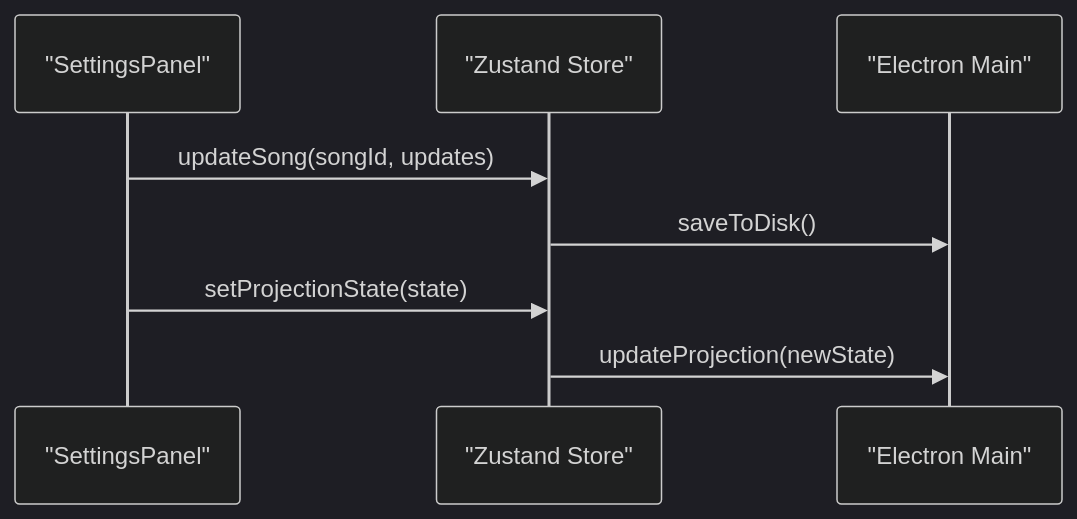
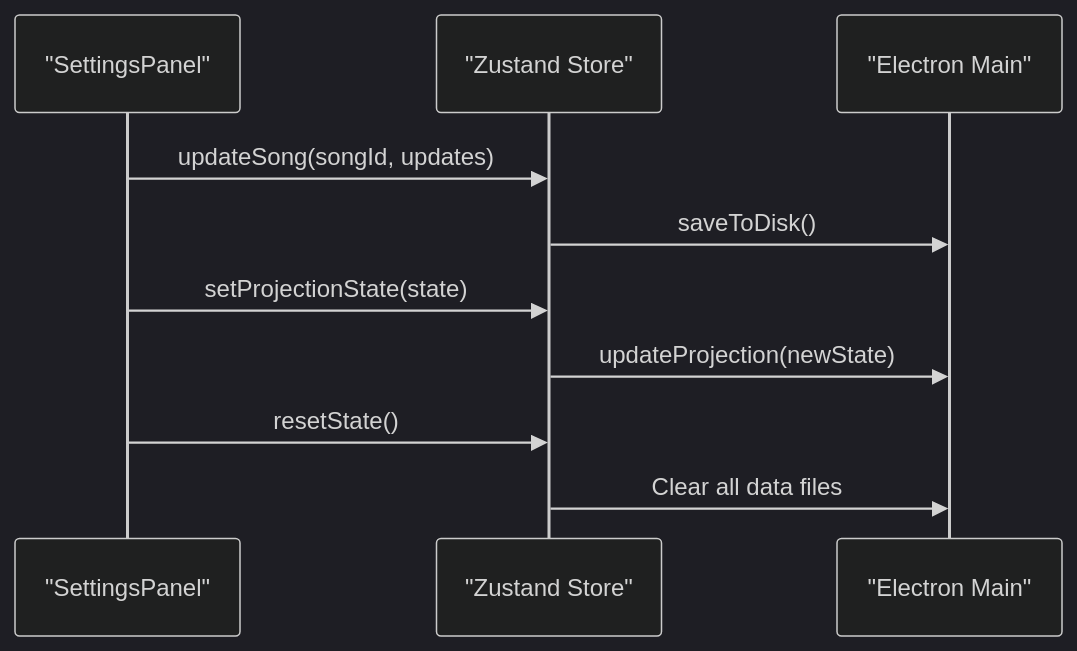
The seventh of 12 diagrams in .qoder/repowiki/en/content/User Interface Components/Settings and Configuration Component.md (jimmywyk/lyricdeck), drawn with Mermaid (dark theme) before and after one commit. The commit also changed other lines of this file and 9 other files, not shown here.

````diff
--- a/.qoder/repowiki/en/content/User Interface Components/Settings and Configuration Component.md
+++ b/.qoder/repowiki/en/content/User Interface Components/Settings and Configuration Component.md
@@ -301,10 +332,12 @@
 ```mermaid
 sequenceDiagram
 participant SP as "SettingsPanel"
 participant ST as "Zustand Store"
 participant EM as "Electron Main"
 SP->>ST : updateSong(songId, updates)
 ST->>EM : saveToDisk()
 SP->>ST : setProjectionState(state)
 ST->>EM : updateProjection(newState)
+SP->>ST : resetState()
+ST->>EM : Clear all data files
 ```
````
